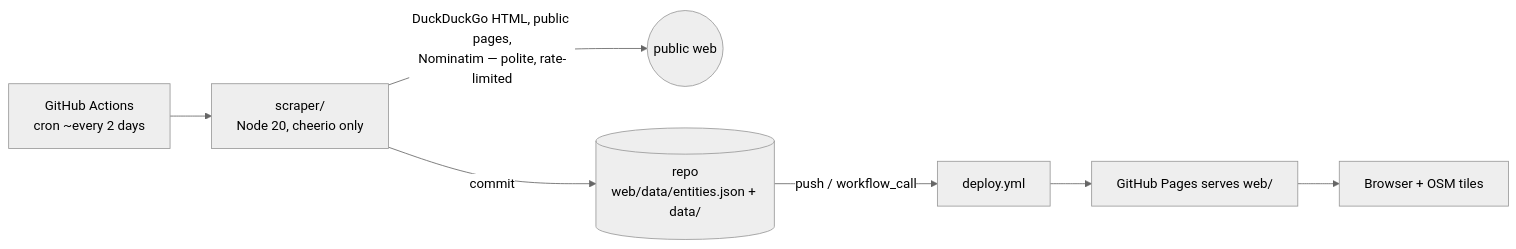
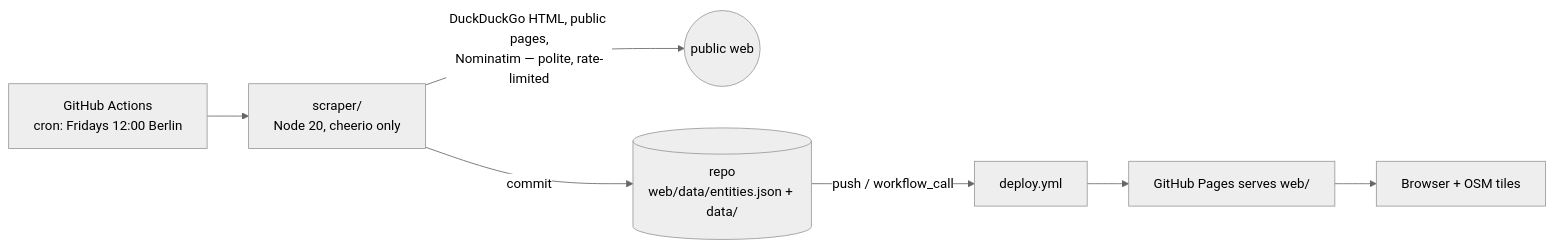
Before and after one commit to universeawaits/body-map: the diagram in README.md, drawn with Mermaid (neutral theme). The commit also changed other lines of this file and 7 other files, not shown here.

````diff
--- a/README.md
+++ b/README.md
@@ -83,9 +84,9 @@
 ```mermaid
 flowchart LR
-  cron[GitHub Actions<br>cron ~every 2 days] --> scraper[scraper/<br>Node 20, cheerio only]
+  cron[GitHub Actions<br>cron: Fridays 12:00 Berlin] --> scraper[scraper/<br>Node 20, cheerio only]
   scraper -->|DuckDuckGo HTML, public pages,<br>Nominatim — polite, rate-limited| web((public web))
   scraper -->|commit| repo[(repo<br>web/data/entities.json + data/)]
   repo -->|push / workflow_call| deploy[deploy.yml]
   deploy --> pages[GitHub Pages serves web/]
   pages --> browser[Browser + OSM tiles]
 ```
````
